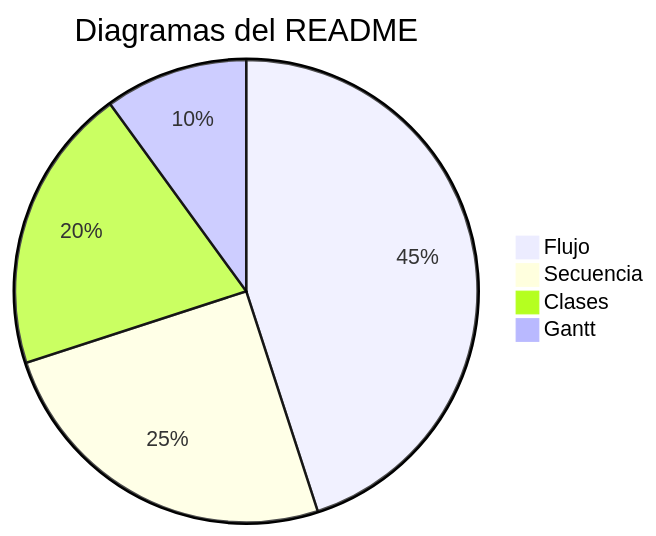
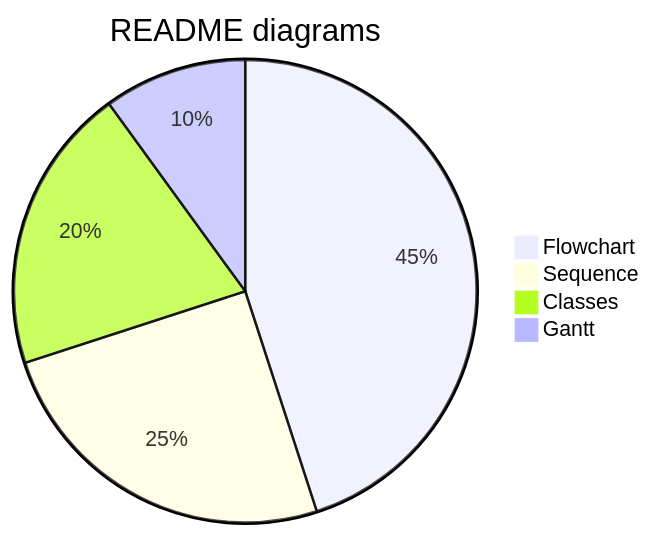
Before and after one commit to jigonzalez930209/md-view: the fourth of 4 diagrams in src/demo.md, drawn with Mermaid. The commit also changed other lines of this file and 2 other files, not shown here.

````diff
--- a/src/demo.md
+++ b/src/demo.md
@@ -203,7 +203,7 @@
 ```mermaid
-pie title Diagramas del README
-    "Flujo" : 45
-    "Secuencia" : 25
-    "Clases" : 20
+pie title README diagrams
+    "Flowchart" : 45
+    "Sequence" : 25
+    "Classes" : 20
     "Gantt" : 10
 ```
````
